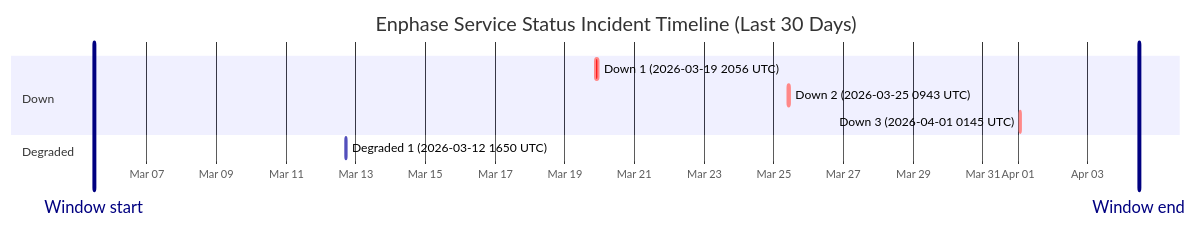
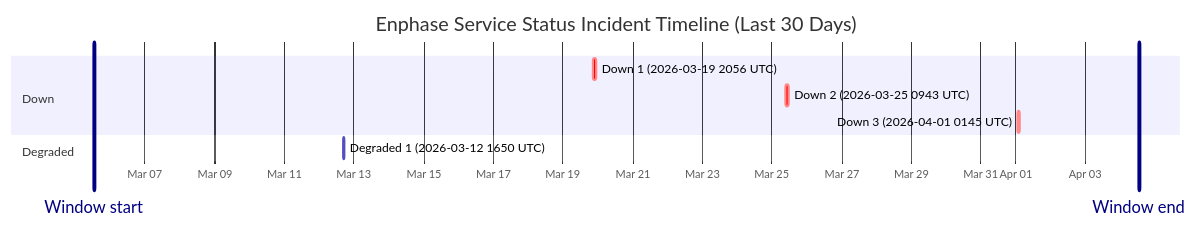
One commit to barneyonline/ha-enphase-ev-charger changed the diagram in wiki/Service-Status-History.md. Above: the diagram before and after it, drawn with Mermaid. The commit also changed other lines of this file and 3 other files, not shown here.

````diff
--- a/wiki/Service-Status-History.md
+++ b/wiki/Service-Status-History.md
@@ -14,14 +14,14 @@
 ```mermaid
 gantt
     title Enphase Service Status Incident Timeline (Last 30 Days)
     dateFormat  YYYY-MM-DDTHH:mm:ss
     axisFormat  %b %d
-    Window start :vert, window-start, 2026-03-05T11:36:43, 0ms
-    Window end :vert, window-end, 2026-04-04T11:36:43, 0ms
+    Window start :vert, window-start, 2026-03-05T12:54:13, 0ms
+    Window end :vert, window-end, 2026-04-04T12:54:13, 0ms
     section Down
     Down 1 (2026-03-19 2056 UTC) :crit, down-1, 2026-03-19T20:56:20, 145m
     Down 2 (2026-03-25 0943 UTC) :crit, down-2, 2026-03-25T09:43:28, 111m
     Down 3 (2026-04-01 0145 UTC) :crit, down-3, 2026-04-01T01:45:09, 60m
     section Degraded
     Degraded 1 (2026-03-12 1650 UTC) :active, degraded-1, 2026-03-12T16:50:43, 60m
 ```
````
